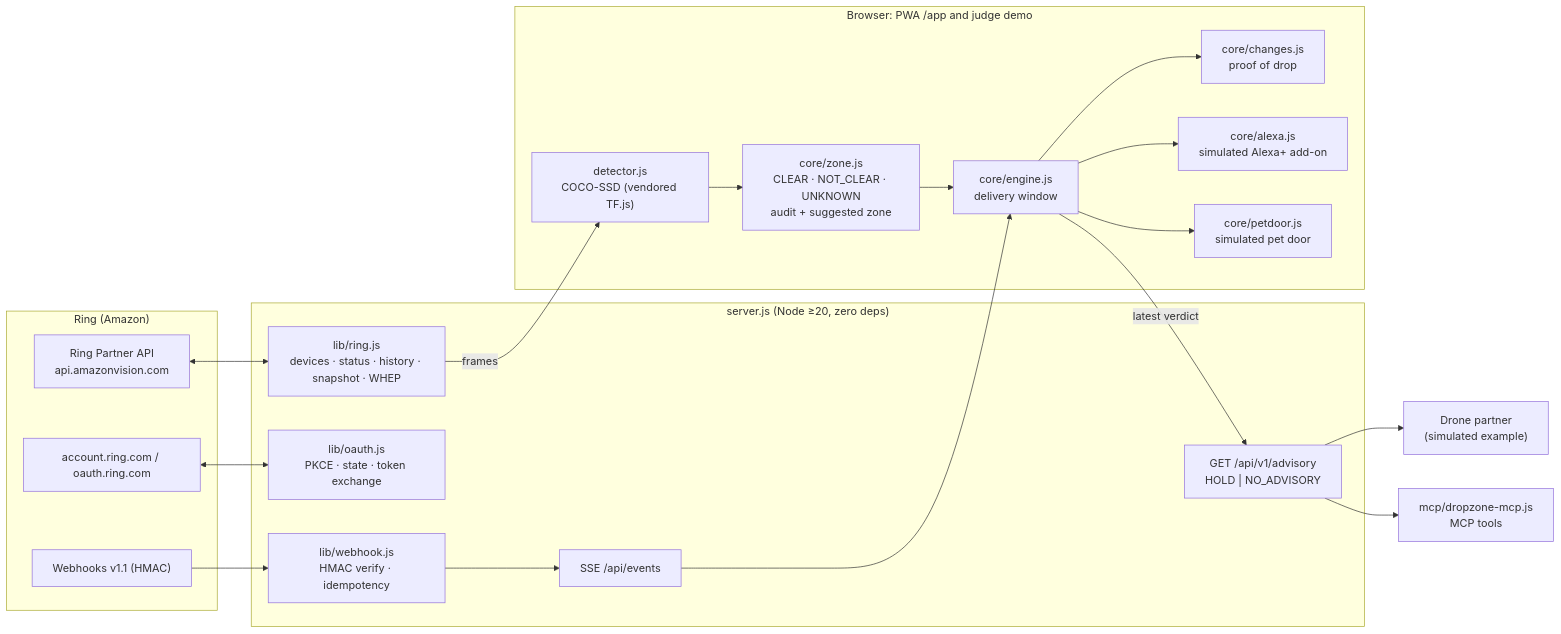
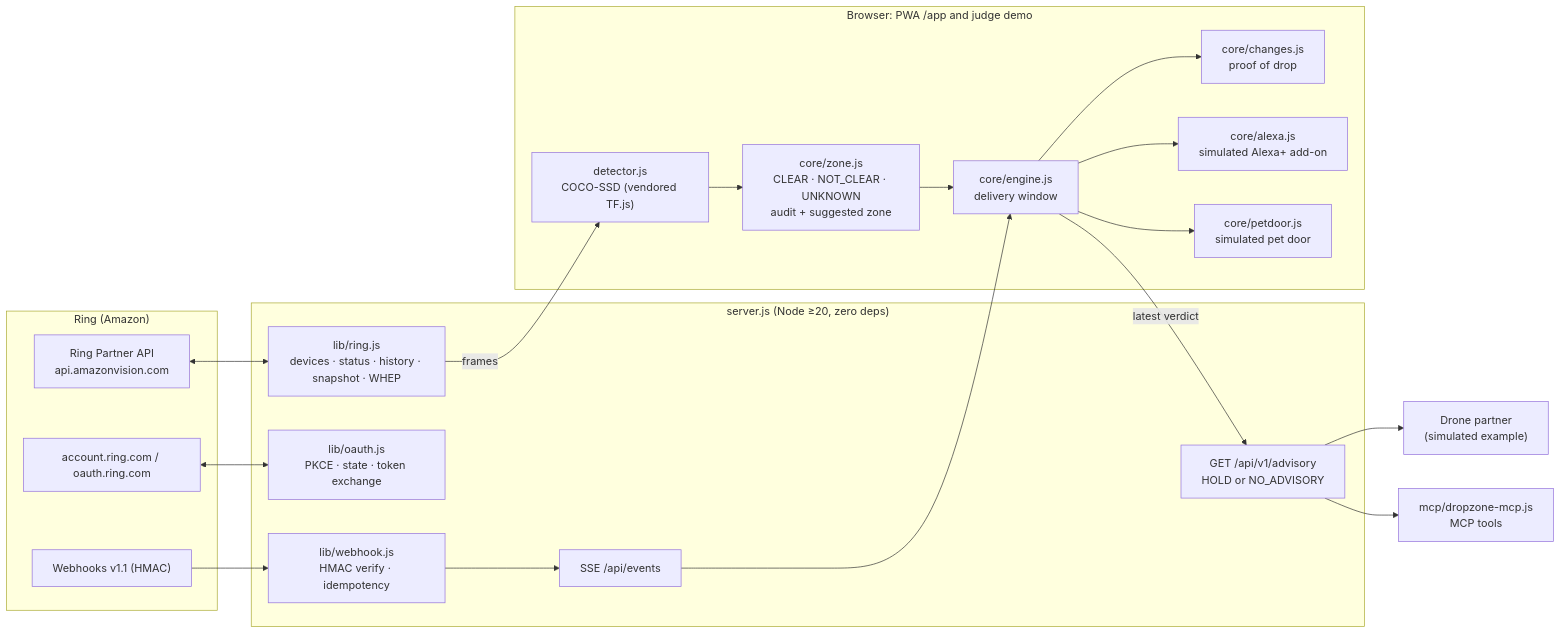
The diagram in README.md (saurabh4269/dropzone-plus), drawn with Mermaid before and after one commit.

Commit message:
README: mermaid-safe label

````diff
--- a/README.md
+++ b/README.md
@@ -125,34 +125,34 @@
 ```mermaid
 flowchart LR
   subgraph Ring["Ring (Amazon)"]
     API["Ring Partner API<br/>api.amazonvision.com"]
     OAUTH["account.ring.com / oauth.ring.com"]
     WH["Webhooks v1.1 (HMAC)"]
   end
   subgraph Server["server.js (Node ≥20, zero deps)"]
     RC["lib/ring.js<br/>devices · status · history · snapshot · WHEP"]
     OA["lib/oauth.js<br/>PKCE · state · token exchange"]
     WV["lib/webhook.js<br/>HMAC verify · idempotency"]
-    ADV["GET /api/v1/advisory<br/>HOLD | NO_ADVISORY"]
+    ADV["GET /api/v1/advisory<br/>HOLD or NO_ADVISORY"]
     SSE["SSE /api/events"]
   end
   subgraph Client["Browser: PWA /app and judge demo"]
     DET["detector.js<br/>COCO-SSD (vendored TF.js)"]
     ZONE["core/zone.js<br/>CLEAR · NOT_CLEAR · UNKNOWN<br/>audit + suggested zone"]
     ENG["core/engine.js<br/>delivery window"]
     CHG["core/changes.js<br/>proof of drop"]
     ALX["core/alexa.js<br/>simulated Alexa+ add-on"]
     PD["core/petdoor.js<br/>simulated pet door"]
   end
   CAR["Drone partner<br/>(simulated example)"]
   MCP["mcp/dropzone-mcp.js<br/>MCP tools"]
   API <--> RC
   OAUTH <--> OA
   WH --> WV --> SSE --> ENG
   RC -->|frames| DET --> ZONE --> ENG
   ENG --> ALX
   ENG --> PD
   ENG --> CHG
   ENG -->|latest verdict| ADV --> CAR
   ADV --> MCP
 ```
````
